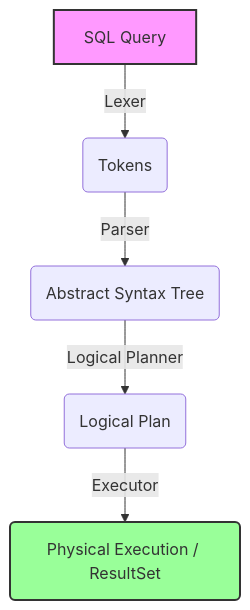
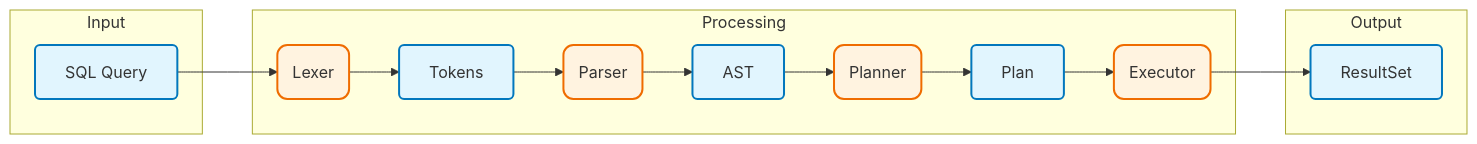
Before and after one commit to SarthakMakhija/relop: the diagram in README.md, drawn with Mermaid.

Commit message:
Sarthak | Updates the mermaid visual for query processing pipeline

````diff
--- a/README.md
+++ b/README.md
@@ -61,10 +61,23 @@
 ```mermaid
-graph TD
-    A[SQL Query] -->|Lexer| B(Tokens)
-    B -->|Parser| C(Abstract Syntax Tree)
-    C -->|Logical Planner| D(Logical Plan)
-    D -->|Executor| E(Physical Execution / ResultSet)
-    
-    style A fill:#f9f,stroke:#333,stroke-width:2px
-    style E fill:#9f9,stroke:#333,stroke-width:2px
+graph LR
+    subgraph Input
+    A[SQL Query]:::data
+    end
+
+    subgraph Processing
+    A --> P1(Lexer):::proc
+    P1 --> B[Tokens]:::data
+    B --> P2(Parser):::proc
+    P2 --> C[AST]:::data
+    C --> P3(Planner):::proc
+    P3 --> D[Plan]:::data
+    D --> P4(Executor):::proc
+    end
+
+    subgraph Output
+    P4 --> E[ResultSet]:::data
+    end
+
+    classDef data fill:#E1F5FE,stroke:#0277BD,stroke-width:2px,rx:5,ry:5;
+    classDef proc fill:#FFF3E0,stroke:#EF6C00,stroke-width:2px,rx:10,ry:10;
 ```
````
